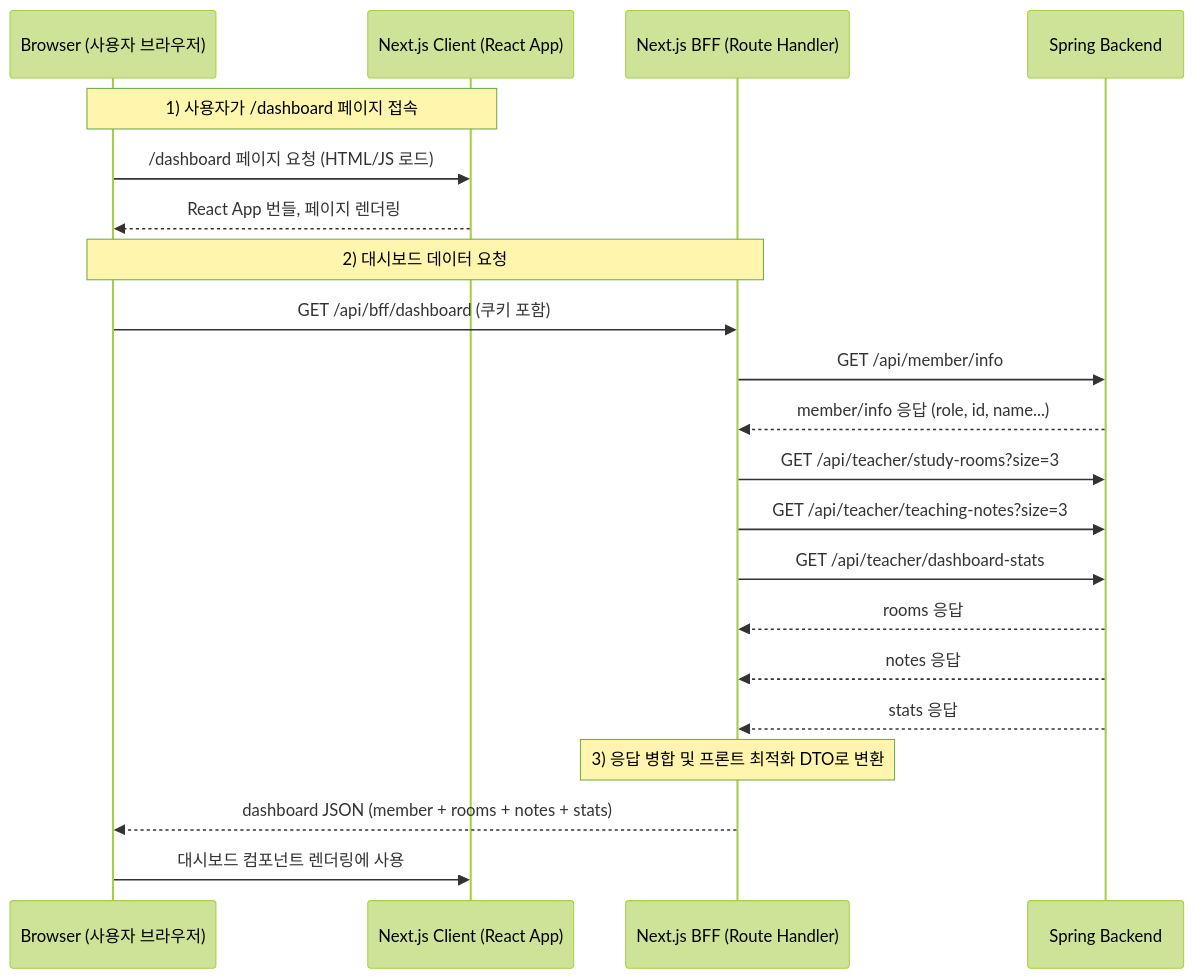
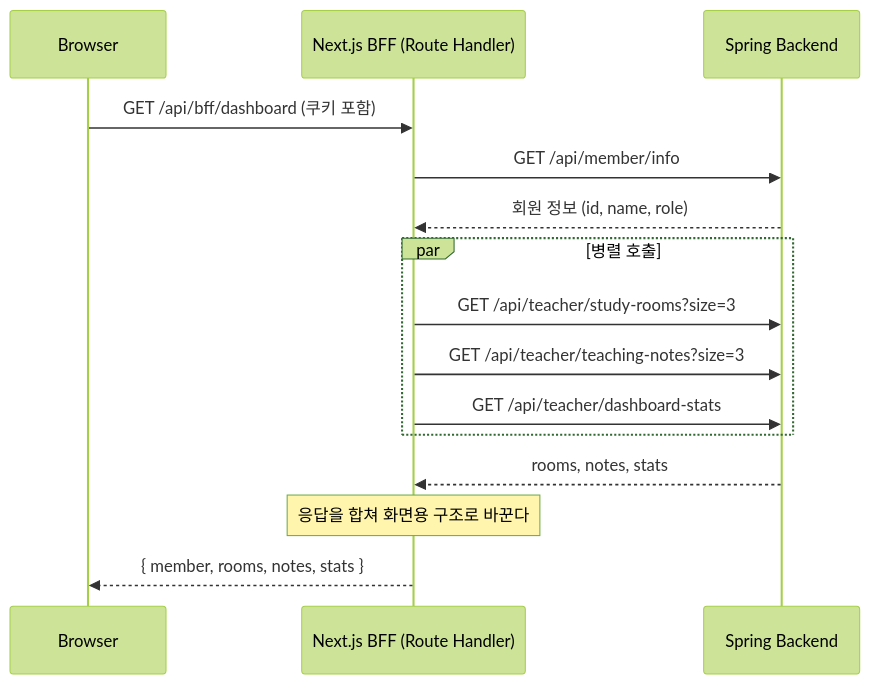
The diagram in Architecture/BFF(Backend For Frontend)/README.md (JangHwanPark/Note), drawn with Mermaid (forest theme) before and after one commit. The commit also changed other lines of this file and 19 other files, not shown here.

````diff
--- a/Architecture/BFF(Backend For Frontend)/README.md
+++ b/Architecture/BFF(Backend For Frontend)/README.md
@@ -33,30 +49,20 @@
 ```mermaid
 sequenceDiagram
-    participant Br as Browser (사용자 브라우저)
-    participant Nc as Next.js Client (React App)
+    participant Br as Browser
     participant Nb as Next.js BFF (Route Handler)
     participant Sp as Spring Backend
 
-    Note over Br,Nc: 1) 사용자가 /dashboard 페이지 접속
-
-    Br->>Nc: /dashboard 페이지 요청 (HTML/JS 로드)
-    Nc-->>Br: React App 번들, 페이지 렌더링
-
-    Note over Br,Nb: 2) 대시보드 데이터 요청
-
     Br->>Nb: GET /api/bff/dashboard (쿠키 포함)
     Nb->>Sp: GET /api/member/info
-    Sp-->>Nb: member/info 응답 (role, id, name...)
+    Sp-->>Nb: 회원 정보 (id, name, role)
 
-    Nb->>Sp: GET /api/teacher/study-rooms?size=3
-    Nb->>Sp: GET /api/teacher/teaching-notes?size=3
-    Nb->>Sp: GET /api/teacher/dashboard-stats
-    Sp-->>Nb: rooms 응답
-    Sp-->>Nb: notes 응답
-    Sp-->>Nb: stats 응답
+    par 병렬 호출
+        Nb->>Sp: GET /api/teacher/study-rooms?size=3
+        Nb->>Sp: GET /api/teacher/teaching-notes?size=3
+        Nb->>Sp: GET /api/teacher/dashboard-stats
+    end
+    Sp-->>Nb: rooms, notes, stats
 
-    Note over Nb: 3) 응답 병합 및 프론트 최적화 DTO로 변환
-
-    Nb-->>Br: dashboard JSON (member + rooms + notes + stats)
-    Br->>Nc: 대시보드 컴포넌트 렌더링에 사용
+    Note over Nb: 응답을 합쳐 화면용 구조로 바꾼다
+    Nb-->>Br: { member, rooms, notes, stats }
 ```
````
